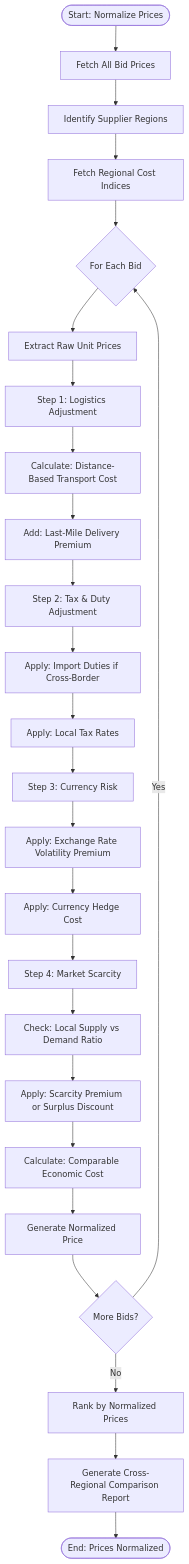
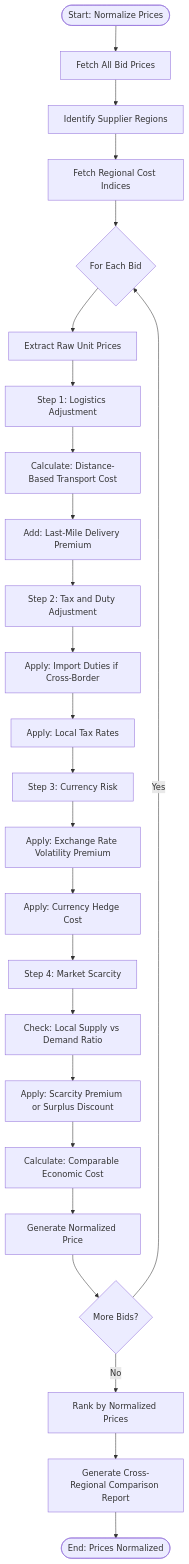
Before and after one commit to Jkatex/ProcureX: diagram 26 of 34 in FACTS/System Flowcharts.md, drawn with Mermaid. The commit also changed other lines of this file and 88 other files, not shown here.

````diff
--- a/FACTS/System Flowcharts.md
+++ b/FACTS/System Flowcharts.md
@@ -1300,34 +1300,34 @@
 ```mermaid
 flowchart TD
     A([Start: Normalize Prices]) --> B[Fetch All Bid Prices]
     B --> C[Identify Supplier Regions]
     C --> D[Fetch Regional Cost Indices]
     
     D --> E{For Each Bid}
     E --> F[Extract Raw Unit Prices]
     
     F --> G[Step 1: Logistics Adjustment]
     G --> H[Calculate: Distance-Based Transport Cost]
     H --> I[Add: Last-Mile Delivery Premium]
     
-    I --> J[Step 2: Tax & Duty Adjustment]
+    I --> J[Step 2: Tax and Duty Adjustment]
     J --> K[Apply: Import Duties if Cross-Border]
     K --> L[Apply: Local Tax Rates]
     
     L --> M[Step 3: Currency Risk]
     M --> N[Apply: Exchange Rate Volatility Premium]
     N --> O[Apply: Currency Hedge Cost]
     
     O --> P[Step 4: Market Scarcity]
     P --> Q[Check: Local Supply vs Demand Ratio]
     Q --> R[Apply: Scarcity Premium or Surplus Discount]
     
     R --> S[Calculate: Comparable Economic Cost]
     S --> T[Generate Normalized Price]
     
     T --> U{More Bids?}
     U -->|Yes| E
     U -->|No| V[Rank by Normalized Prices]
     V --> W[Generate Cross-Regional Comparison Report]
     W --> X([End: Prices Normalized])
 ```
````
